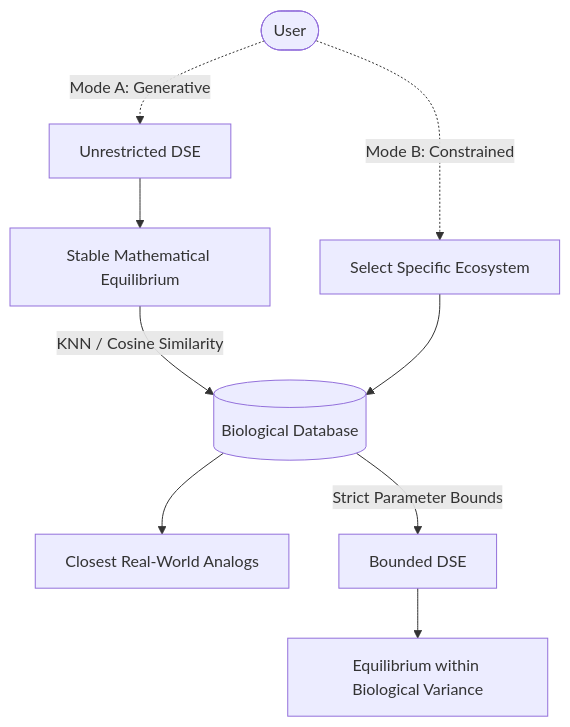
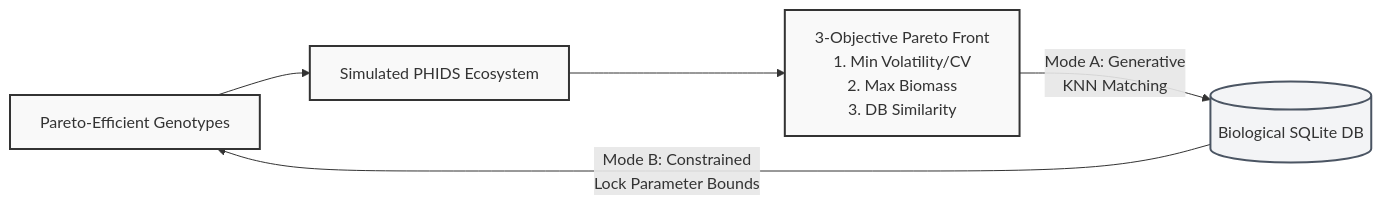
One commit to foersben/PHIDS changed the third of 5 diagrams in docs/scenario_guide/design_space_exploration.md. Above: the diagram before and after it, drawn with Mermaid. The commit also changed other lines of this file and 2 other files, not shown here.

Commit message:
docs: Update Design Space Exploration documentation and add architectural diagrams

````diff
--- a/docs/scenario_guide/design_space_exploration.md
+++ b/docs/scenario_guide/design_space_exploration.md
@@ -45,17 +82,12 @@
 ```mermaid
-graph TD
-    DB[(Biological Database)]
-    User([User])
+graph LR
+    G[Pareto-Efficient Genotypes] --> S[Simulated PHIDS Ecosystem]
+    S --> P[3-Objective Pareto Front<br/>1. Min Volatility/CV<br/>2. Max Biomass<br/>3. DB Similarity]
 
-    %% Mode A
-    User -.->|Mode A: Generative| DSE_A[Unrestricted DSE]
-    DSE_A --> MathEq[Stable Mathematical Equilibrium]
-    MathEq -->|KNN / Cosine Similarity| DB
-    DB --> Match[Closest Real-World Analogs]
+    P -->|Mode A: Generative<br/>KNN Matching| DB[(Biological SQLite DB)]
+    DB -->|Mode B: Constrained<br/>Lock Parameter Bounds| G
 
-    %% Mode B
-    User -.->|Mode B: Constrained| DB_Query[Select Specific Ecosystem]
-    DB_Query --> DB
-    DB -->|Strict Parameter Bounds| DSE_B[Bounded DSE]
-    DSE_B --> ConstrainedEq[Equilibrium within Biological Variance]
+    classDef default fill:#f9f9f9,stroke:#333,stroke-width:2px;
+    classDef db fill:#f3f4f6,stroke:#4b5563,stroke-width:2px;
+    class DB db;
 ```
````
